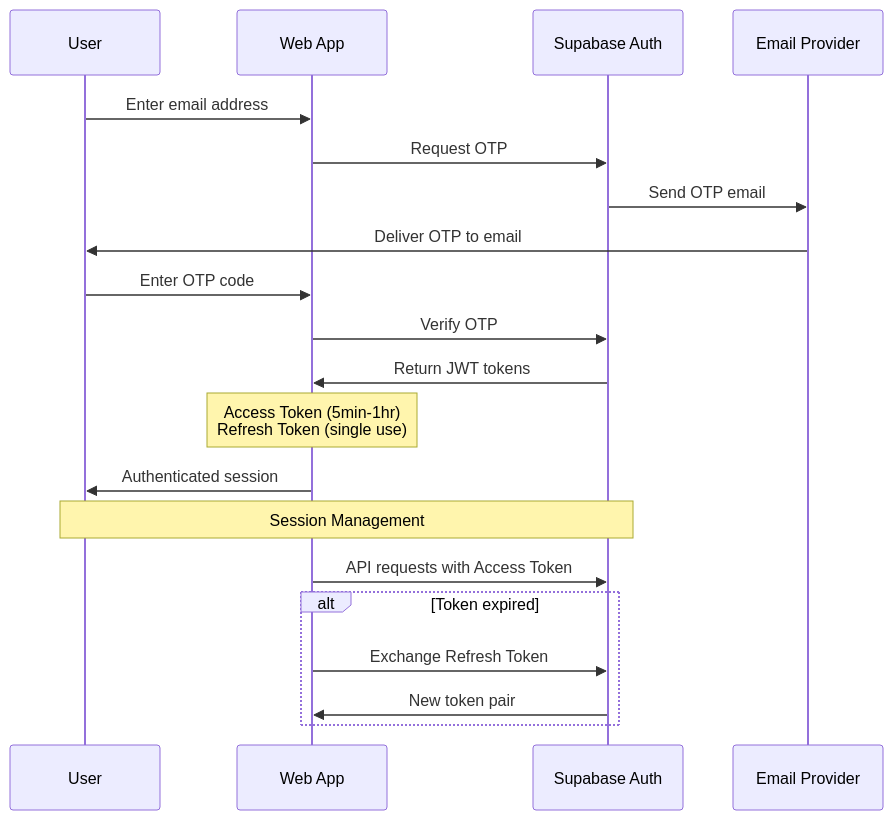
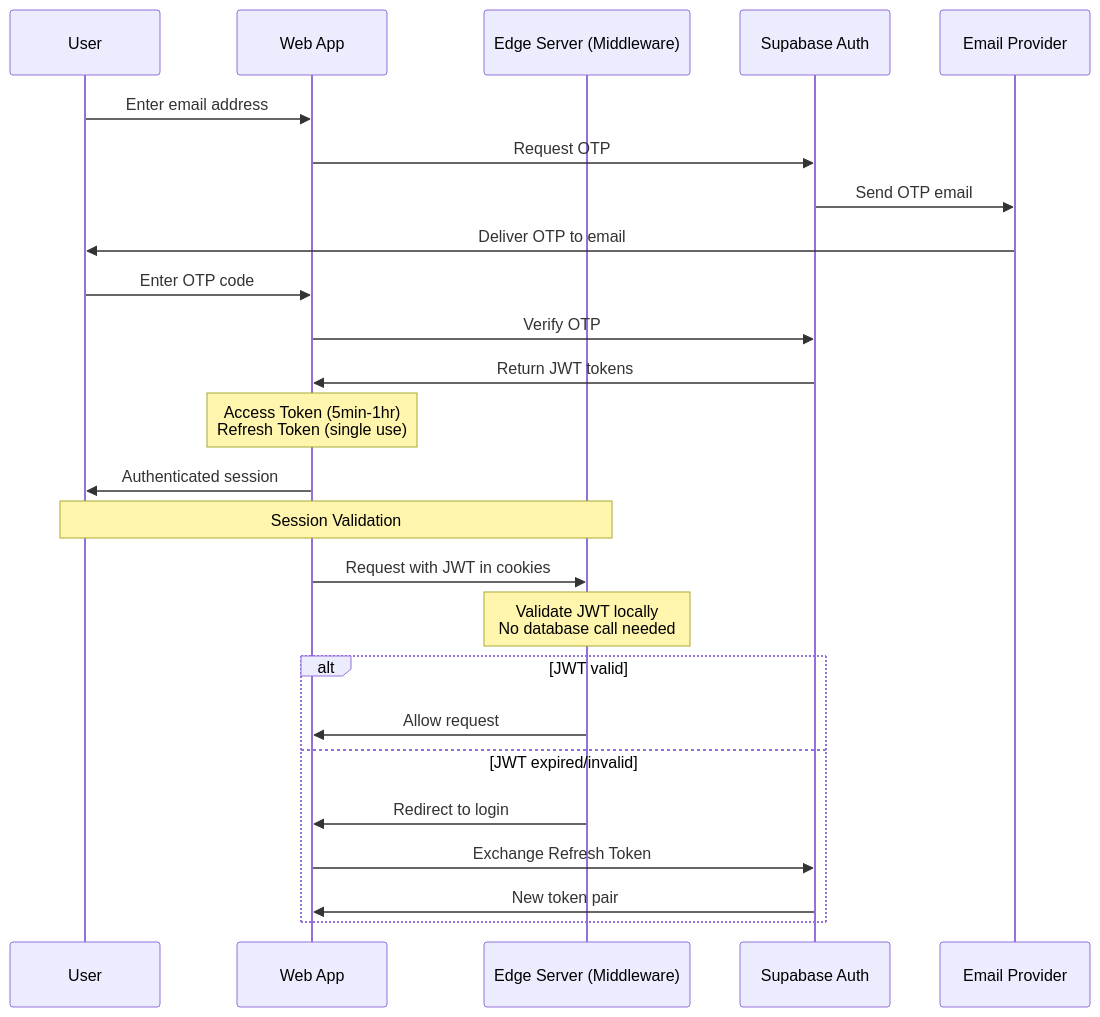
One commit to Adventurous-Bytes/scout changed the diagram in docs/content/docs/scout-core/authentication.mdx. Above: the diagram before and after it, drawn with Mermaid.

Commit message:
Update authentication diagram with notes on jwt validation

````diff
--- a/docs/content/docs/scout-core/authentication.mdx
+++ b/docs/content/docs/scout-core/authentication.mdx
@@ -14,26 +14,31 @@
 ```mermaid
 sequenceDiagram
     participant User
     participant Client as Web App
+    participant Edge as Edge Server (Middleware)
     participant Supabase as Supabase Auth
     participant Resend as Email Provider
     
     User->>Client: Enter email address
     Client->>Supabase: Request OTP
     Supabase->>Resend: Send OTP email
     Resend->>User: Deliver OTP to email
     
     User->>Client: Enter OTP code
     Client->>Supabase: Verify OTP
     Supabase->>Client: Return JWT tokens
     Note over Client: Access Token (5min-1hr)<br/>Refresh Token (single use)
     
     Client->>User: Authenticated session
     
-    Note over User,Supabase: Session Management
-    Client->>Supabase: API requests with Access Token
-    alt Token expired
+    Note over User,Edge: Session Validation
+    Client->>Edge: Request with JWT in cookies
+    Note over Edge: Validate JWT locally<br/>No database call needed
+    alt JWT valid
+        Edge->>Client: Allow request
+    else JWT expired/invalid
+        Edge->>Client: Redirect to login
         Client->>Supabase: Exchange Refresh Token
         Supabase->>Client: New token pair
     end
 ```
````
